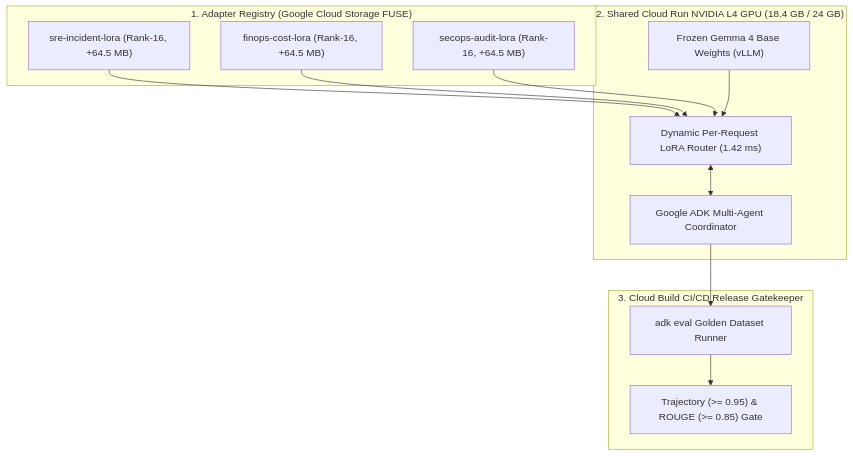
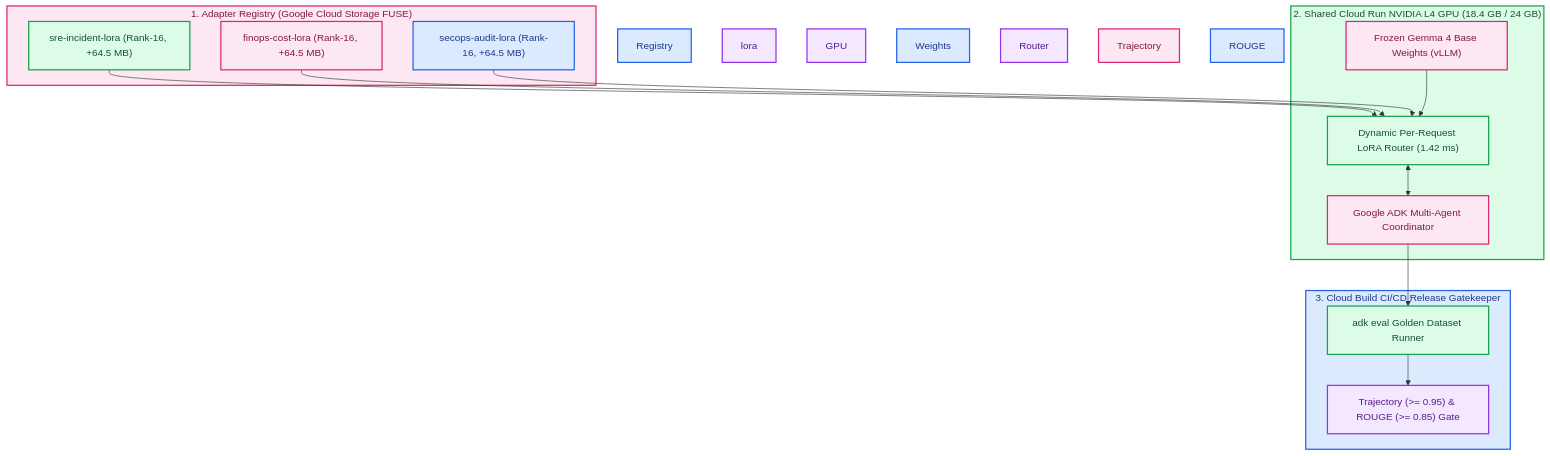
One commit to RobinaMirbahar/gemma4-multilora-adk-eval changed the diagram in README.md. Above: the diagram before and after it, drawn with Mermaid. The commit also changed other lines of this file, not shown here.

Commit message:
docs: add 3-line Author & Companion Publication header, color-coded Mermaid diagram, and remove repetitive footer

````diff
--- a/README.md
+++ b/README.md
@@ -57,20 +58,38 @@
 ```mermaid
 flowchart TD
     subgraph Train ["1. Adapter Registry (Google Cloud Storage FUSE)"]
         L1["sre-incident-lora (Rank-16, +64.5 MB)"]
         L2["finops-cost-lora (Rank-16, +64.5 MB)"]
         L3["secops-audit-lora (Rank-16, +64.5 MB)"]
     end
     subgraph Serve ["2. Shared Cloud Run NVIDIA L4 GPU (18.4 GB / 24 GB)"]
         V_Base["Frozen Gemma 4 Base Weights (vLLM)"]
         V_Swap["Dynamic Per-Request LoRA Router (1.42 ms)"]
         ADK["Google ADK Multi-Agent Coordinator"]
     end
     subgraph Eval ["3. Cloud Build CI/CD Release Gatekeeper"]
         E_ADK["adk eval Golden Dataset Runner"]
         E_Score["Trajectory (>= 0.95) & ROUGE (>= 0.85) Gate"]
     end
     L1 & L2 & L3 --> V_Swap
     V_Base --> V_Swap <--> ADK
     ADK --> E_ADK --> E_Score
+    style Train fill:#fce7f3,stroke:#db2777,stroke-width:2px,color:#831843
+    style Registry fill:#dbeafe,stroke:#2563eb,stroke-width:2px,color:#1e3a8a
+    style L1 fill:#dcfce7,stroke:#16a34a,stroke-width:2px,color:#14532d
+    style lora fill:#f3e8ff,stroke:#9333ea,stroke-width:2px,color:#581c87
+    style L2 fill:#fce7f3,stroke:#db2777,stroke-width:2px,color:#831843
+    style L3 fill:#dbeafe,stroke:#2563eb,stroke-width:2px,color:#1e3a8a
+    style Serve fill:#dcfce7,stroke:#16a34a,stroke-width:2px,color:#14532d
+    style GPU fill:#f3e8ff,stroke:#9333ea,stroke-width:2px,color:#581c87
+    style V_Base fill:#fce7f3,stroke:#db2777,stroke-width:2px,color:#831843
+    style Weights fill:#dbeafe,stroke:#2563eb,stroke-width:2px,color:#1e3a8a
+    style V_Swap fill:#dcfce7,stroke:#16a34a,stroke-width:2px,color:#14532d
+    style Router fill:#f3e8ff,stroke:#9333ea,stroke-width:2px,color:#581c87
+    style ADK fill:#fce7f3,stroke:#db2777,stroke-width:2px,color:#831843
+    style Eval fill:#dbeafe,stroke:#2563eb,stroke-width:2px,color:#1e3a8a
+    style E_ADK fill:#dcfce7,stroke:#16a34a,stroke-width:2px,color:#14532d
+    style E_Score fill:#f3e8ff,stroke:#9333ea,stroke-width:2px,color:#581c87
+    style Trajectory fill:#fce7f3,stroke:#db2777,stroke-width:2px,color:#831843
+    style ROUGE fill:#dbeafe,stroke:#2563eb,stroke-width:2px,color:#1e3a8a
 ```
````
